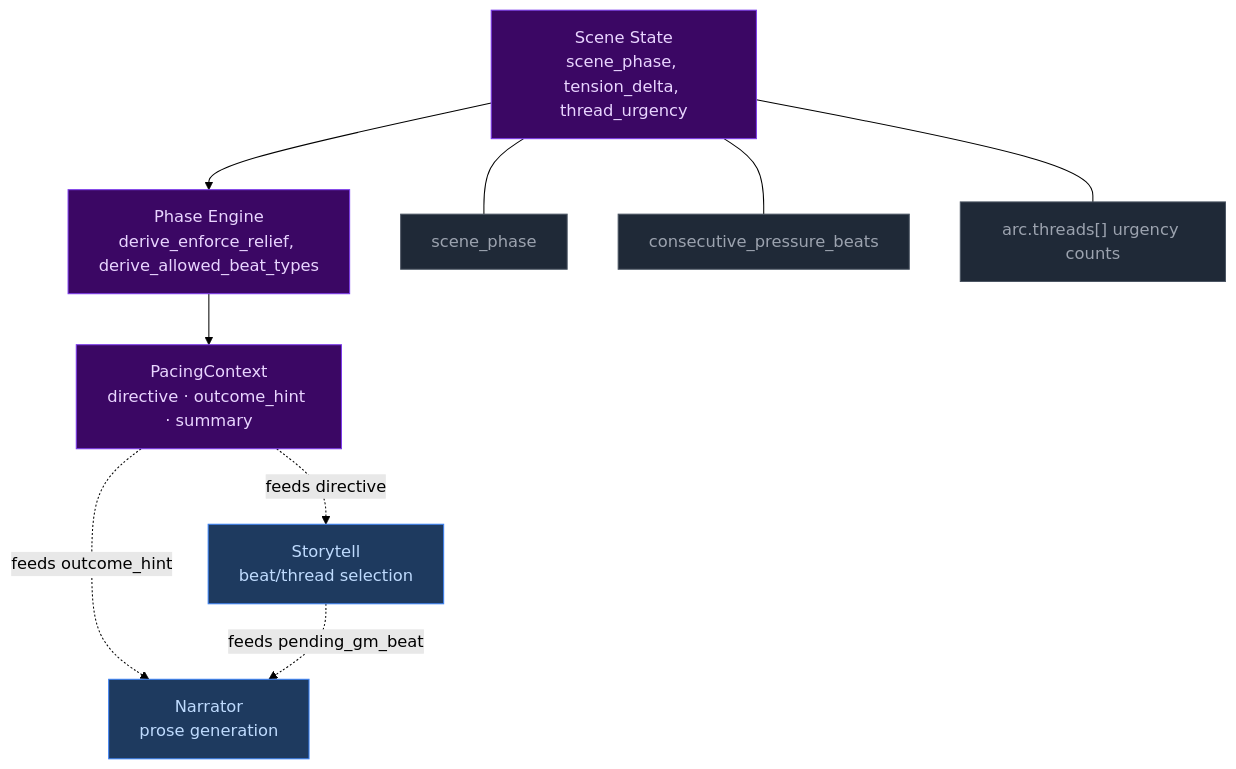
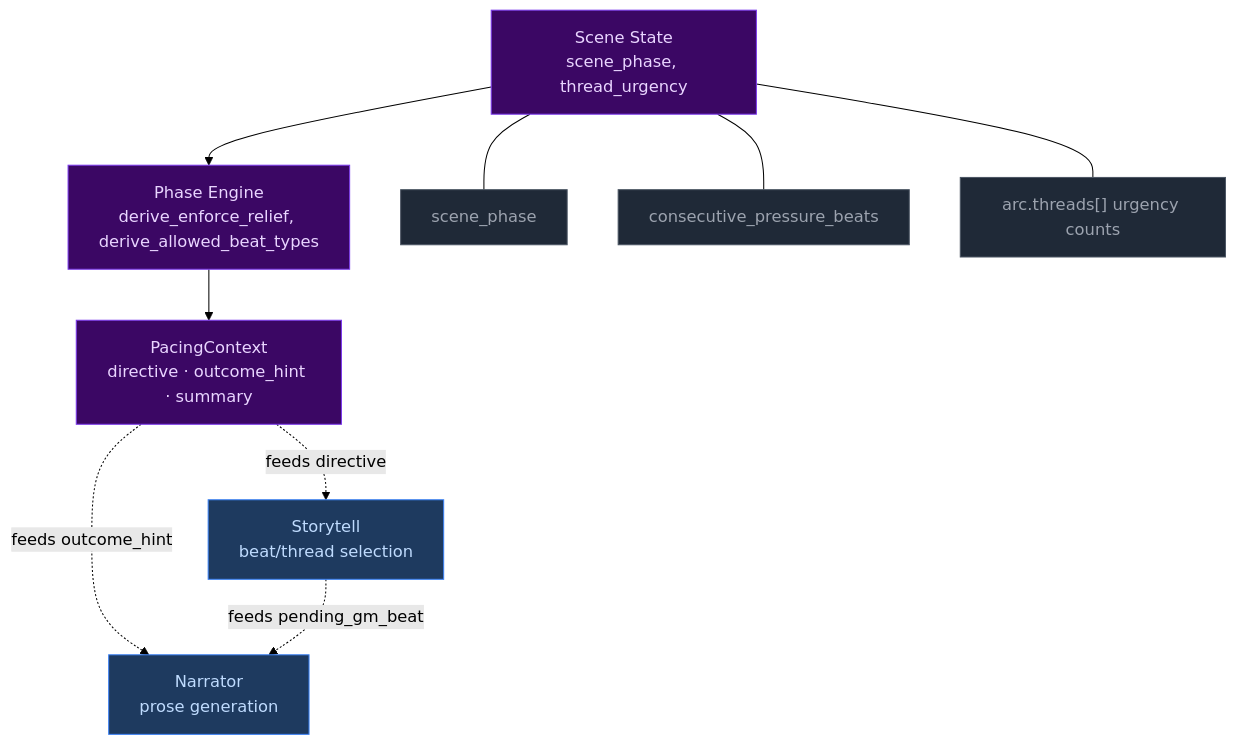
The first of 7 diagrams in docs/architecture/pacing-systems.md (pww217/fablethread), drawn with Mermaid (forest theme) before and after one commit. The commit also changed other lines of this file and 18 other files, not shown here.

````diff
--- a/docs/architecture/pacing-systems.md
+++ b/docs/architecture/pacing-systems.md
@@ -9,21 +9,21 @@
 ```mermaid
 flowchart TD
     classDef system fill:#3b0764,color:#e9d5ff,stroke:#7c3aed,strokeWidth:2px
     classDef shared fill:#1f2937,color:#9ca3af,stroke:#4b5563,strokeWidth:1px
     classDef output fill:#1e3a5f,color:#bfdbfe,stroke:#3b82f6
 
-    S["Scene State<br>scene_phase, tension_delta, thread_urgency"]:::system
+    S["Scene State<br>scene_phase, thread_urgency"]:::system
     PE["Phase Engine<br>derive_enforce_relief, derive_allowed_beat_types"]:::system
     PC["PacingContext<br>directive · outcome_hint · summary"]:::system
     N["Narrator<br>prose generation"]:::output
     SB["Storytell<br>beat/thread selection"]:::output
 
     S --- shared1["scene_phase"]:::shared
     S --- shared2["consecutive_pressure_beats"]:::shared
     S --- shared3["arc.threads[] urgency counts"]:::shared
 
     S --> PE --> PC
     PC -. "feeds outcome_hint" .-> N
     PC -. "feeds directive" .-> SB
     SB -. "feeds pending_gm_beat" .-> N
 ```
````
